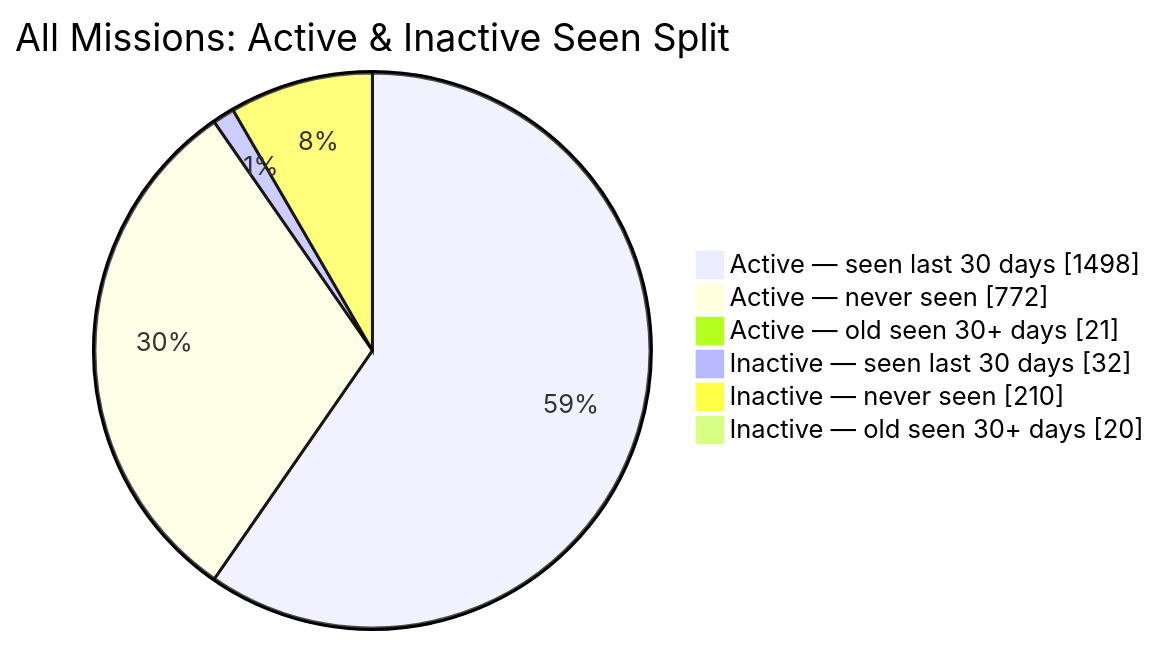
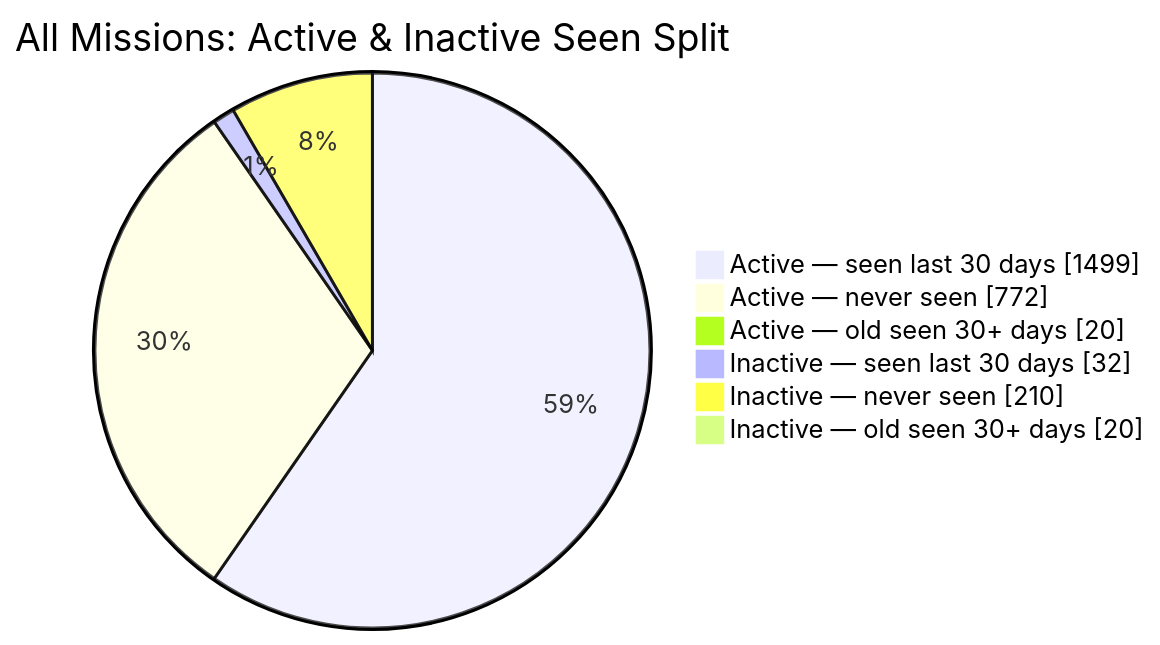
The second of 2 diagrams in README.md (MeldkamerspelGameTeam/active-missions), drawn with Mermaid before and after one commit. The commit also changed other lines of this file and 3 other files, not shown here.

````diff
--- a/README.md
+++ b/README.md
@@ -44,10 +44,10 @@
 ```mermaid
 pie showData
     title All Missions: Active & Inactive Seen Split
-    "Active — seen last 30 days" : 1498
+    "Active — seen last 30 days" : 1499
     "Active — never seen" : 772
-    "Active — old seen 30+ days" : 21
+    "Active — old seen 30+ days" : 20
     "Inactive — seen last 30 days" : 32
     "Inactive — never seen" : 210
     "Inactive — old seen 30+ days" : 20
 ```
````
